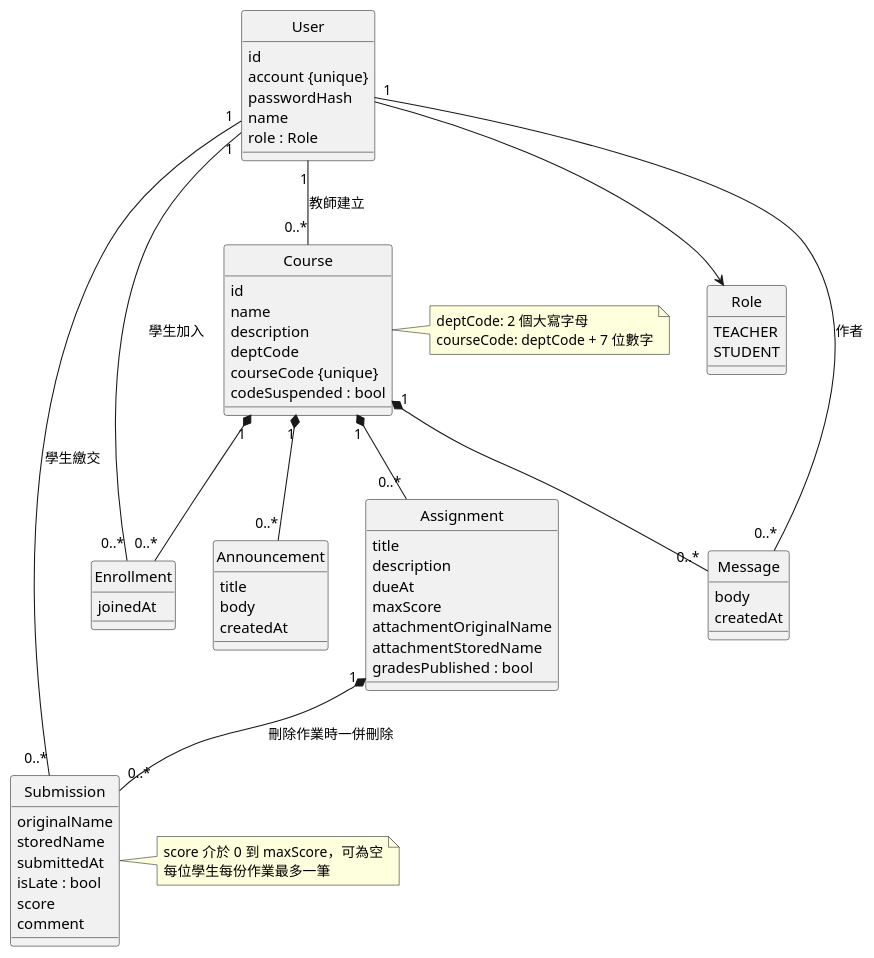
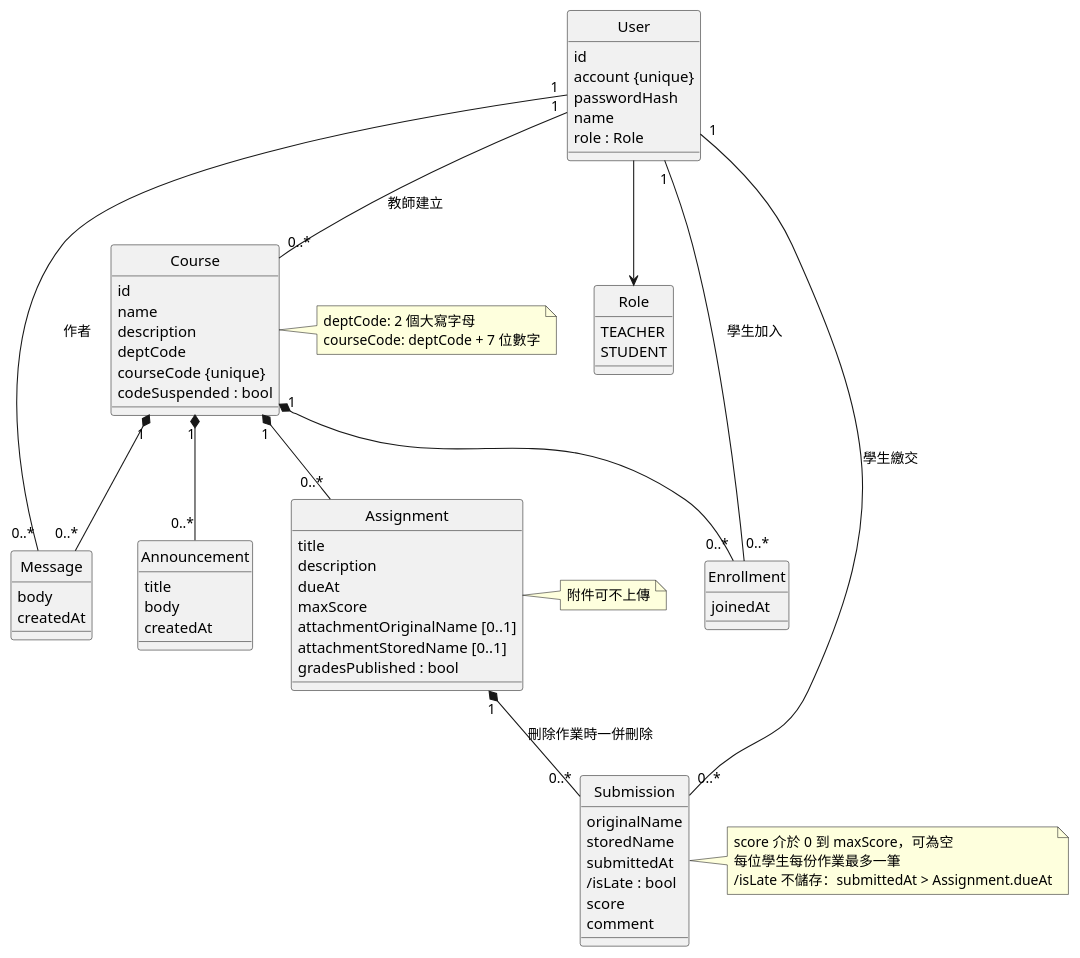
The diagram in uml/puml/class.puml (mini-moodle-team/mini-moodle-waterfall), drawn with PlantUML before and after one commit. The commit also changed 7 other files, not shown here.

Commit message:
Added architecture document and updated uml for design decisions

```diff
--- a/uml/puml/class.puml
+++ b/uml/puml/class.puml
@@ -1,70 +1,74 @@
 @startuml
 skinparam shadowing false
 hide circle
 enum Role {
   TEACHER
   STUDENT
 }
 class User {
   id
   account {unique}
   passwordHash
   name
   role : Role
 }
 class Course {
   id
   name
   description
   deptCode
   courseCode {unique}
   codeSuspended : bool
 }
 class Enrollment {
   joinedAt
 }
 class Announcement {
   title
   body
   createdAt
 }
 class Message {
   body
   createdAt
 }
 class Assignment {
   title
   description
   dueAt
   maxScore
-  attachmentOriginalName
-  attachmentStoredName
+  attachmentOriginalName [0..1]
+  attachmentStoredName [0..1]
   gradesPublished : bool
 }
 class Submission {
   originalName
   storedName
   submittedAt
-  isLate : bool
+  /isLate : bool
   score
   comment
 }
 note right of Course
   deptCode: 2 個大寫字母
   courseCode: deptCode + 7 位數字
 end note
 note right of Submission
   score 介於 0 到 maxScore，可為空
   每位學生每份作業最多一筆
+  /isLate 不儲存：submittedAt > Assignment.dueAt
+end note
+note right of Assignment
+  附件可不上傳
 end note
 User --> Role
 User "1" -- "0..*" Course : 教師建立
 Course "1" *-- "0..*" Enrollment
 User "1" -- "0..*" Enrollment : 學生加入
 Course "1" *-- "0..*" Announcement
 Course "1" *-- "0..*" Message
 Course "1" *-- "0..*" Assignment
 Assignment "1" *-- "0..*" Submission : 刪除作業時一併刪除
 User "1" -- "0..*" Submission : 學生繳交
 User "1" -- "0..*" Message : 作者
 @enduml
```
